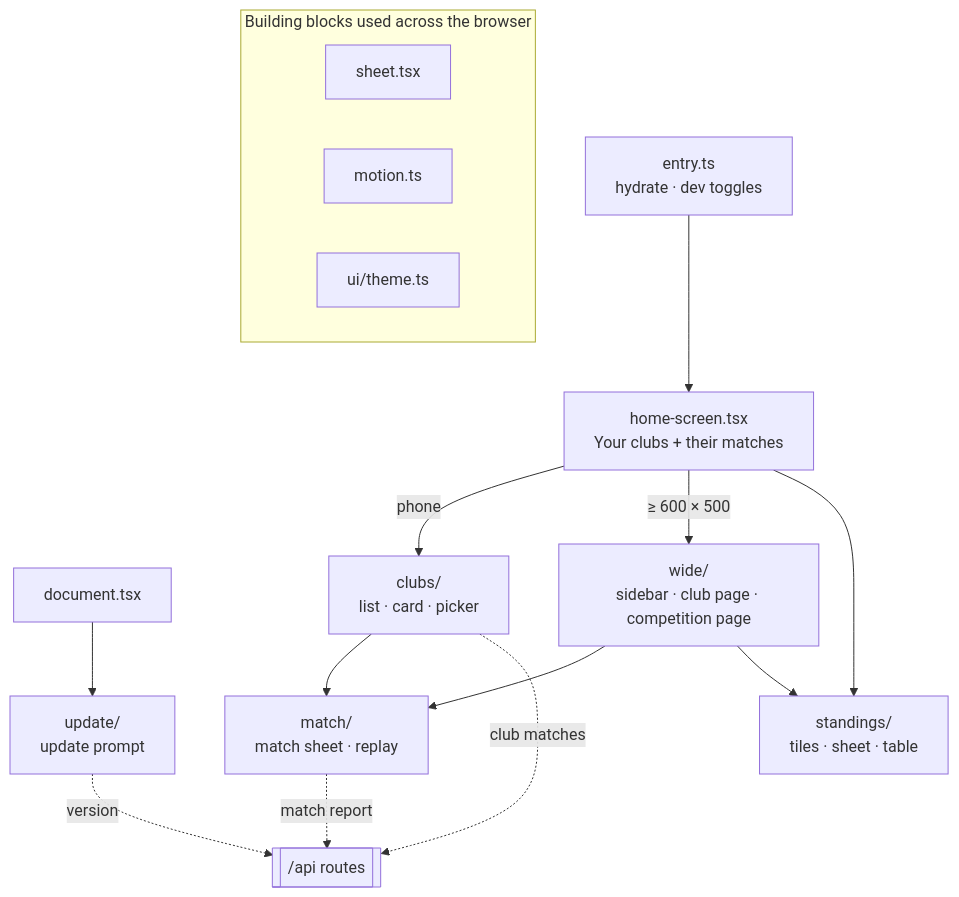
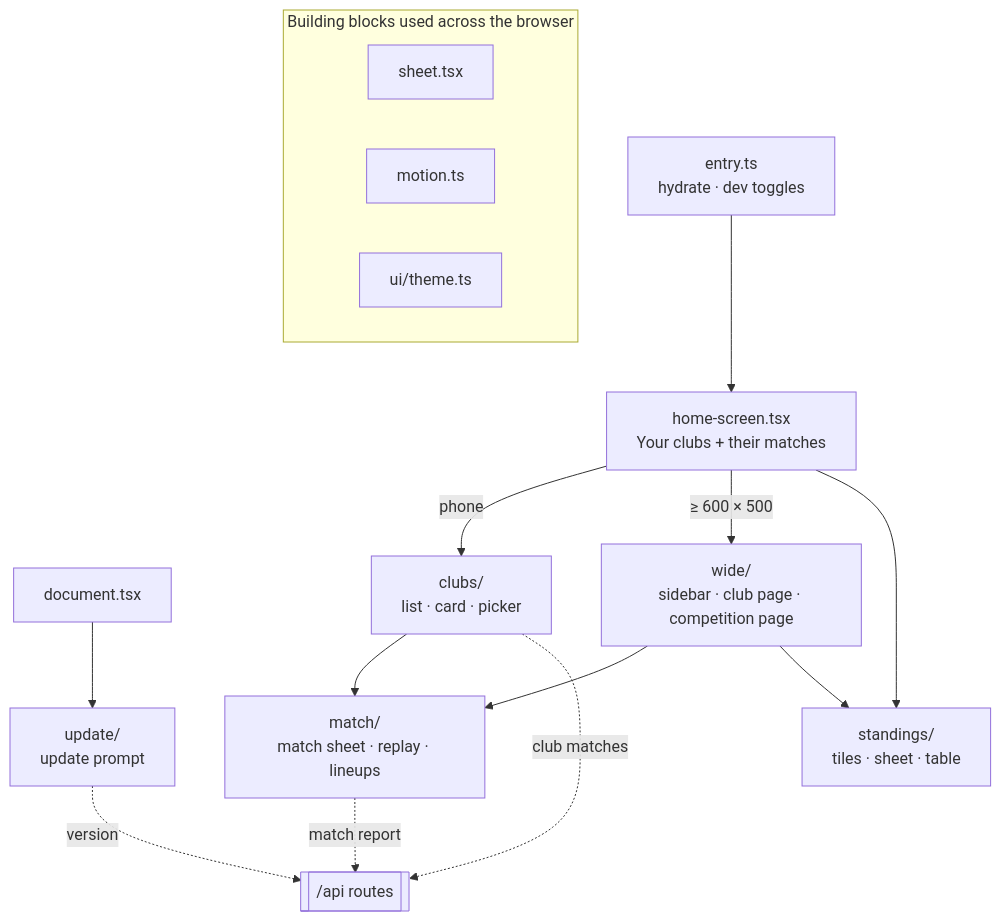
Before and after one commit to josemlrod/otp: the third of 3 diagrams in ARCHITECTURE.md, drawn with Mermaid. The commit also changed other lines of this file and 9 other files, not shown here.

First line of the commit message:
Show both lineups on the match sheet (#47)

````diff
--- a/ARCHITECTURE.md
+++ b/ARCHITECTURE.md
@@ -108,30 +109,30 @@
 ```mermaid
 flowchart TB
   entry["entry.ts<br/>hydrate · dev toggles"]
   doc["document.tsx"]
   home["home-screen.tsx<br/>Your clubs + their matches"]
   clubs["clubs/<br/>list · card · picker"]
   wide["wide/<br/>sidebar · club page · competition page"]
   standings["standings/<br/>tiles · sheet · table"]
-  match["match/<br/>match sheet · replay"]
+  match["match/<br/>match sheet · replay · lineups"]
   update["update/<br/>update prompt"]
   api[["/api routes"]]
 
   entry --> home
   doc --> update
   home -- "phone" --> clubs
   home -- "≥ 600 × 500" --> wide
   home --> standings
   clubs --> match
   wide --> match
   wide --> standings
   clubs -. "club matches" .-> api
   match -. "match report" .-> api
   update -. "version" .-> api
 
   subgraph shared["Building blocks used across the browser"]
     sheet["sheet.tsx"]
     motion["motion.ts"]
     theme["ui/theme.ts"]
   end
 ```
````
